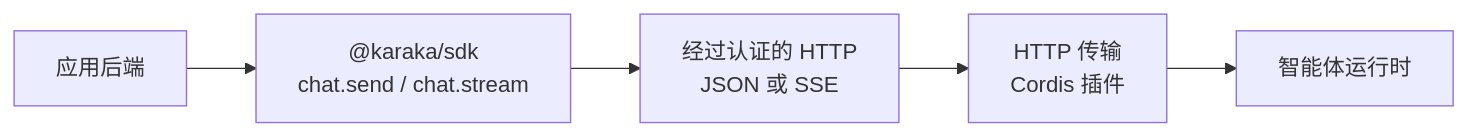
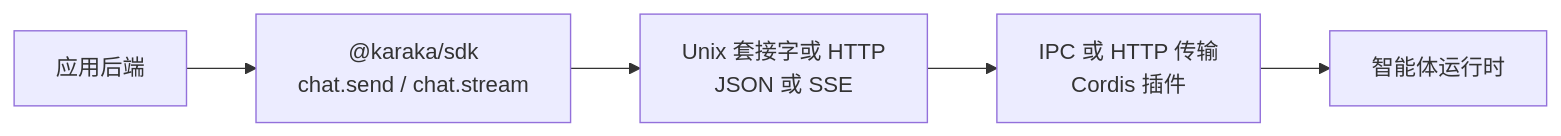
One commit to karaka-ai/karaka changed the fifth of 6 diagrams in docs/architecture.zh.md. Above: the diagram before and after it, drawn with Mermaid. The commit also changed other lines of this file and 12 other files, not shown here.

Commit message:
feat: add Unix socket IPC transport

````diff
--- a/docs/architecture.zh.md
+++ b/docs/architecture.zh.md
@@ -382,13 +382,13 @@
 ```mermaid
 flowchart LR
   Application["应用后端"]
   SDK["@karaka/sdk<br/>chat.send / chat.stream"]
-  HTTP["经过认证的 HTTP<br/>JSON 或 SSE"]
-  Transport["HTTP 传输<br/>Cordis 插件"]
+  Carrier["Unix 套接字或 HTTP<br/>JSON 或 SSE"]
+  Transport["IPC 或 HTTP 传输<br/>Cordis 插件"]
   Runtime["智能体运行时"]
 
   Application --> SDK
-  SDK --> HTTP
-  HTTP --> Transport
+  SDK --> Carrier
+  Carrier --> Transport
   Transport --> Runtime
 ```
````
